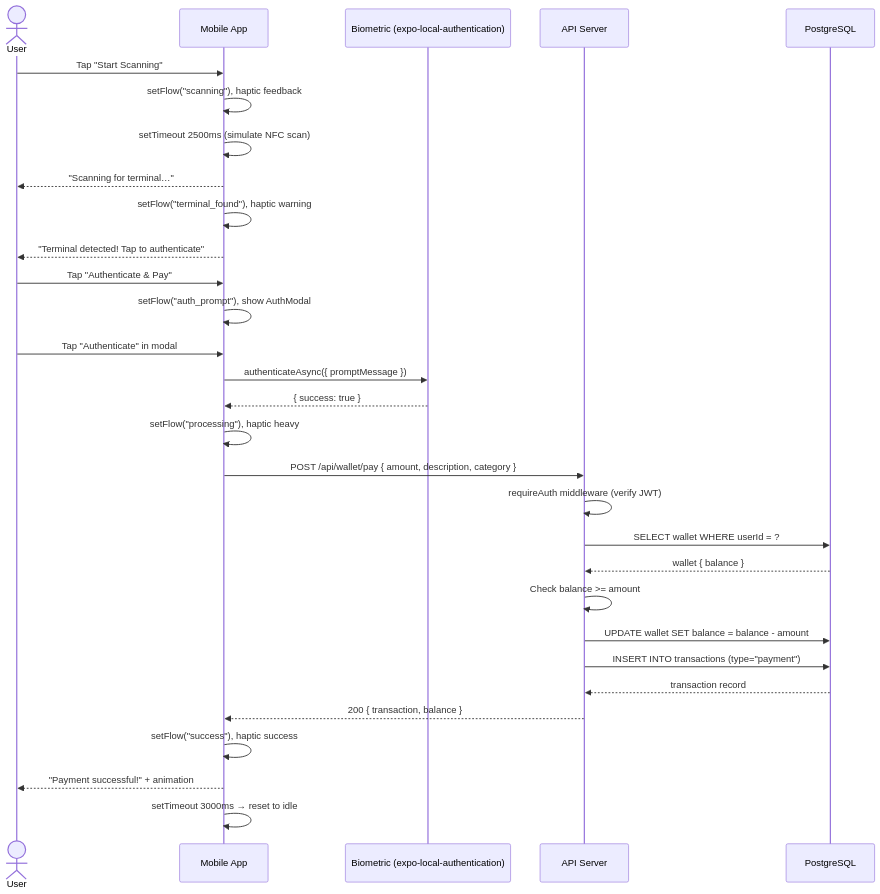
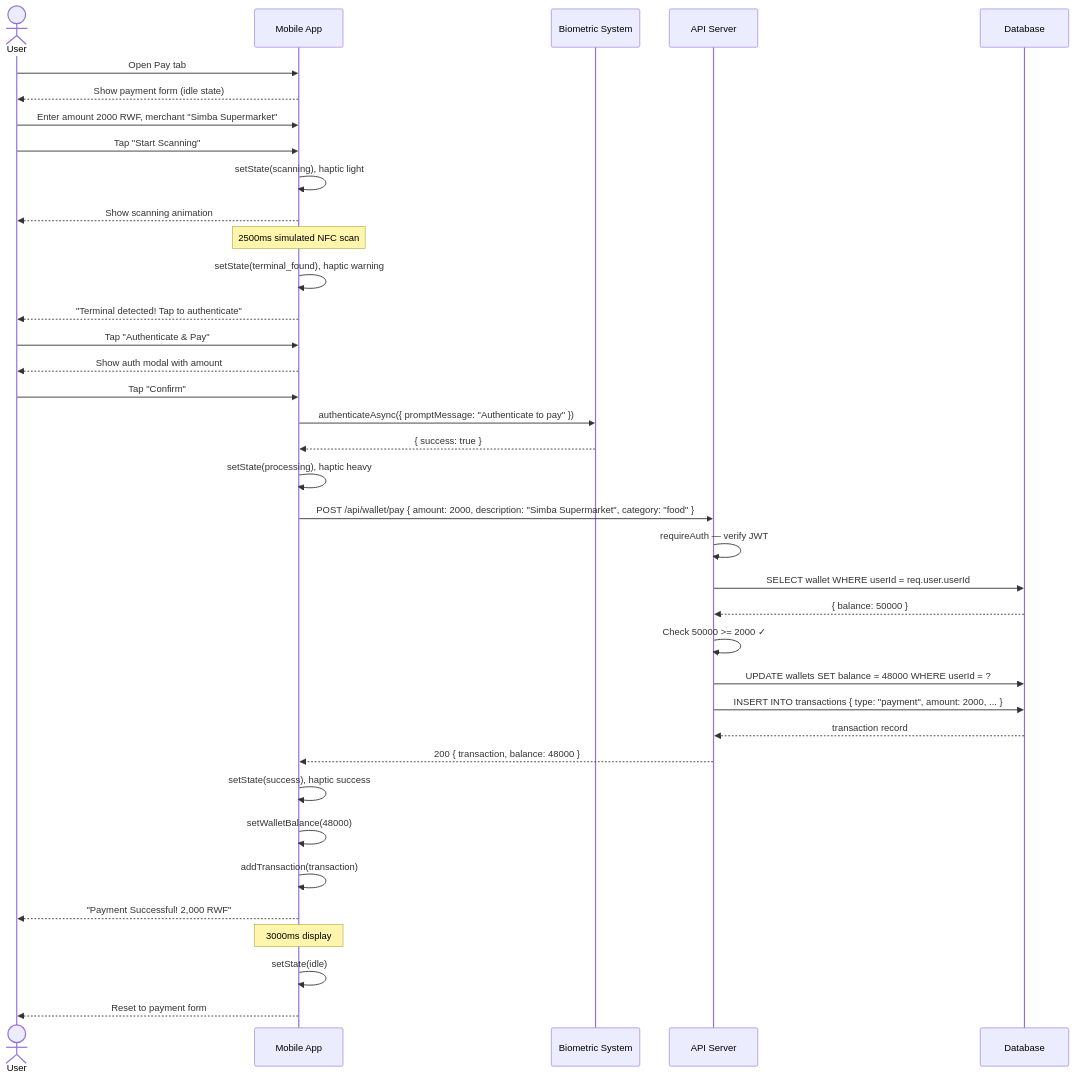
Before and after one commit to pac-cee/Rwanda_Pay: the fifth of 7 diagrams in docs/03-uml-diagrams.md, drawn with Mermaid. The commit also changed other lines of this file, not shown here.

Commit message:
uml improve

````diff
--- a/docs/03-uml-diagrams.md
+++ b/docs/03-uml-diagrams.md
@@ -195,33 +347,40 @@
 ```mermaid
 sequenceDiagram
     actor U as User
     participant App as Mobile App
-    participant Bio as Biometric (expo-local-authentication)
+    participant Bio as Biometric System
     participant API as API Server
-    participant DB as PostgreSQL
+    participant DB as Database
 
+    U->>App: Open Pay tab
+    App-->>U: Show payment form (idle state)
+    U->>App: Enter amount 2000 RWF, merchant "Simba Supermarket"
     U->>App: Tap "Start Scanning"
-    App->>App: setFlow("scanning"), haptic feedback
-    App->>App: setTimeout 2500ms (simulate NFC scan)
-    App-->>U: "Scanning for terminal…"
-    App->>App: setFlow("terminal_found"), haptic warning
+    App->>App: setState(scanning), haptic light
+    App-->>U: Show scanning animation
+    Note over App: 2500ms simulated NFC scan
+    App->>App: setState(terminal_found), haptic warning
     App-->>U: "Terminal detected! Tap to authenticate"
     U->>App: Tap "Authenticate & Pay"
-    App->>App: setFlow("auth_prompt"), show AuthModal
-    U->>App: Tap "Authenticate" in modal
-    App->>Bio: authenticateAsync({ promptMessage })
+    App-->>U: Show auth modal with amount
+    U->>App: Tap "Confirm"
+    App->>Bio: authenticateAsync({ promptMessage: "Authenticate to pay" })
     Bio-->>App: { success: true }
-    App->>App: setFlow("processing"), haptic heavy
-    App->>API: POST /api/wallet/pay { amount, description, category }
-    API->>API: requireAuth middleware (verify JWT)
-    API->>DB: SELECT wallet WHERE userId = ?
-    DB-->>API: wallet { balance }
-    API->>API: Check balance >= amount
-    API->>DB: UPDATE wallet SET balance = balance - amount
-    API->>DB: INSERT INTO transactions (type="payment")
+    App->>App: setState(processing), haptic heavy
+    App->>API: POST /api/wallet/pay { amount: 2000, description: "Simba Supermarket", category: "food" }
+    API->>API: requireAuth — verify JWT
+    API->>DB: SELECT wallet WHERE userId = req.user.userId
+    DB-->>API: { balance: 50000 }
+    API->>API: Check 50000 >= 2000 ✓
+    API->>DB: UPDATE wallets SET balance = 48000 WHERE userId = ?
+    API->>DB: INSERT INTO transactions { type: "payment", amount: 2000, ... }
     DB-->>API: transaction record
-    API-->>App: 200 { transaction, balance }
-    App->>App: setFlow("success"), haptic success
-    App-->>U: "Payment successful!" + animation
-    App->>App: setTimeout 3000ms → reset to idle
+    API-->>App: 200 { transaction, balance: 48000 }
+    App->>App: setState(success), haptic success
+    App->>App: setWalletBalance(48000)
+    App->>App: addTransaction(transaction)
+    App-->>U: "Payment Successful! 2,000 RWF"
+    Note over App: 3000ms display
+    App->>App: setState(idle)
+    App-->>U: Reset to payment form
 ```
````
